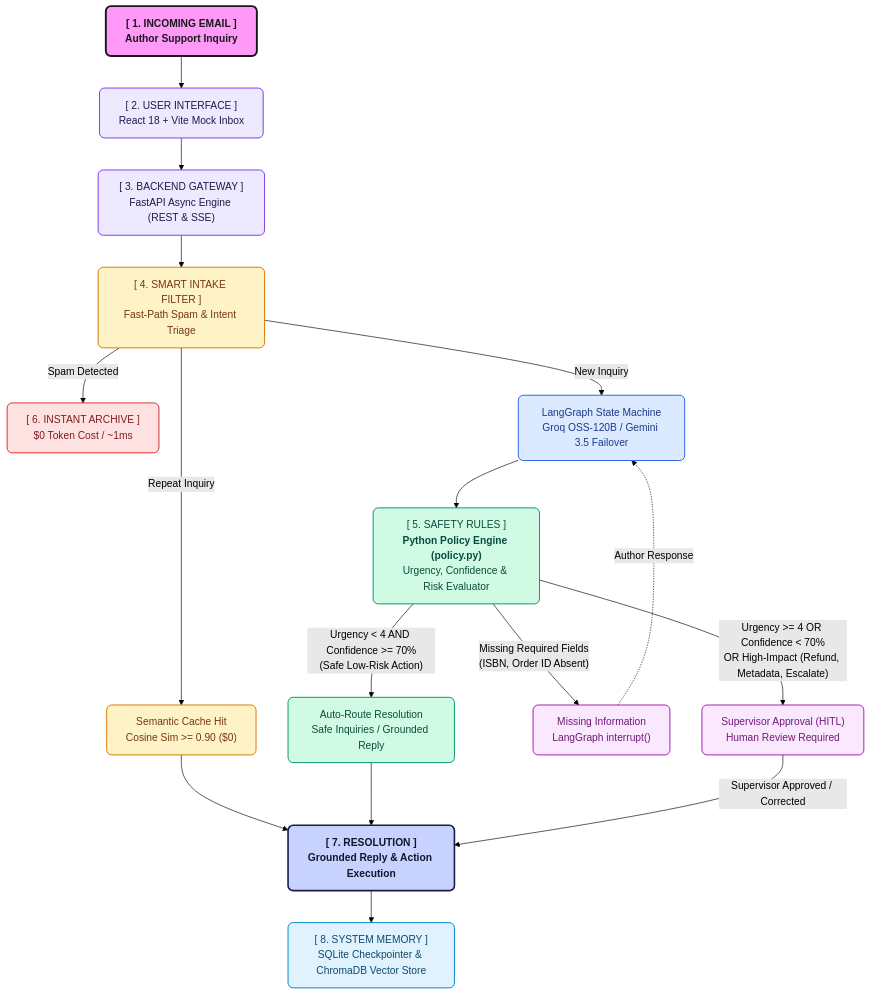
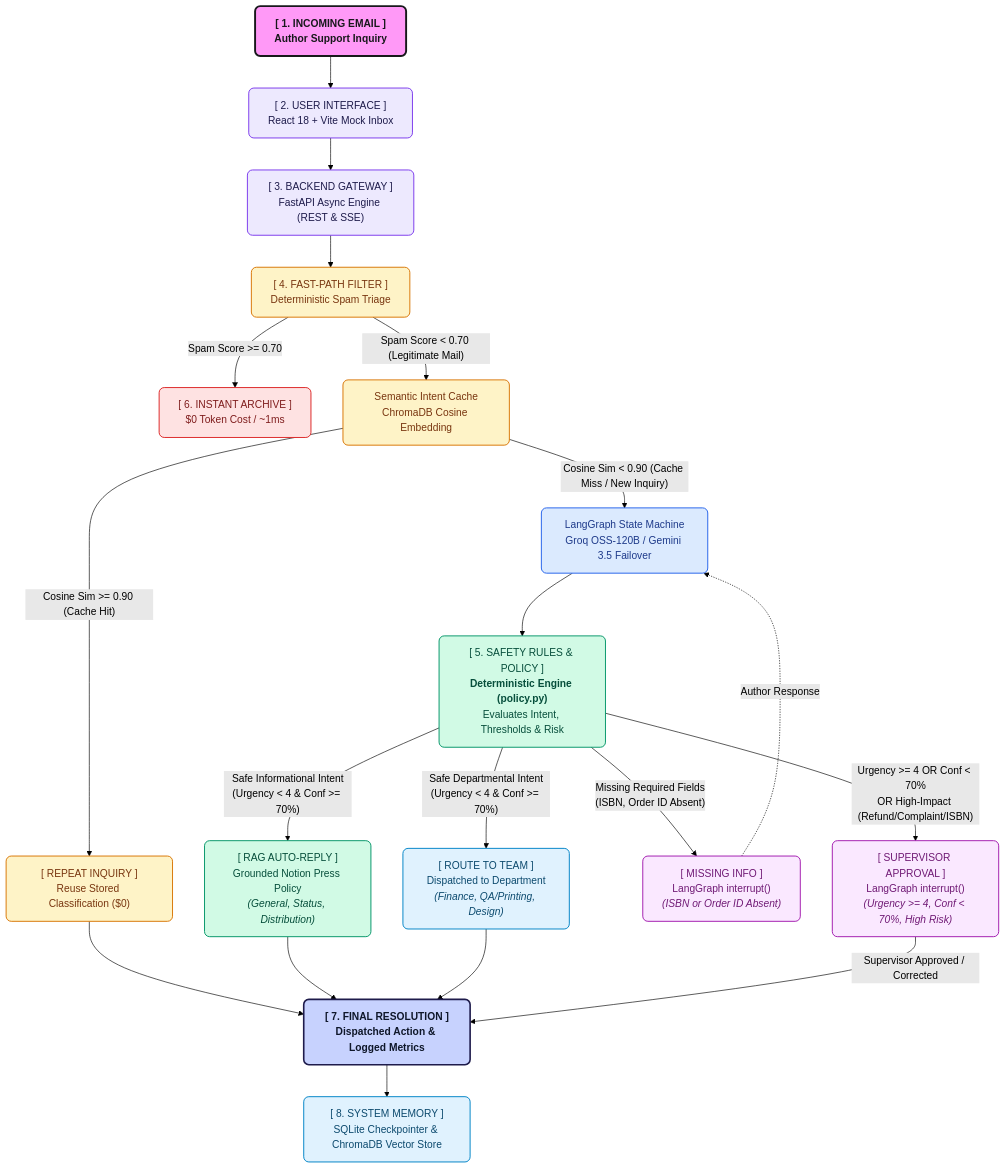
One commit to sharan1918/Notion-Press-POC changed the diagram in README.md. Above: the diagram before and after it, drawn with Mermaid (forest theme). The commit also changed other lines of this file and 1 other file, not shown here.

Commit message:
docs(arch): add explicit routing criteria for RAG auto-reply and departmental dispatch

````diff
--- a/README.md
+++ b/README.md
@@ -11,52 +11,60 @@
 ```mermaid
 flowchart TD
     %% Styling Classes matching pastel boxed reference
     classDef rootBox fill:#ff99f7,stroke:#18181b,stroke-width:3px,color:#18181b,font-weight:bold,rx:8px,ry:8px;
     classDef lavenderBox fill:#ede9fe,stroke:#7c3aed,stroke-width:1.5px,color:#1e1b4b,font-weight:500,rx:8px,ry:8px;
     classDef blueBox fill:#dbeafe,stroke:#2563eb,stroke-width:1.5px,color:#1e3a8a,font-weight:500,rx:8px,ry:8px;
     classDef amberBox fill:#fef3c7,stroke:#d97706,stroke-width:1.5px,color:#78350f,font-weight:500,rx:8px,ry:8px;
     classDef greenBox fill:#d1fae5,stroke:#059669,stroke-width:1.5px,color:#064e3b,font-weight:500,rx:8px,ry:8px;
     classDef redBox fill:#fee2e2,stroke:#dc2626,stroke-width:1.5px,color:#7f1d1d,font-weight:500,rx:8px,ry:8px;
     classDef purpleBox fill:#fae8ff,stroke:#a21caf,stroke-width:1.5px,color:#701a75,font-weight:500,rx:8px,ry:8px;
     classDef cyanBox fill:#e0f2fe,stroke:#0284c7,stroke-width:1.5px,color:#0c4a6e,font-weight:500,rx:8px,ry:8px;
     classDef highlightBox fill:#c7d2fe,stroke:#1e1b4b,stroke-width:2.5px,color:#0f172a,font-weight:bold,rx:8px,ry:8px;
 
     ROOT["[ 1. INCOMING EMAIL ]<br/><b>Author Support Inquiry</b>"]:::rootBox
     UI["[ 2. USER INTERFACE ]<br/>React 18 + Vite Mock Inbox"]:::lavenderBox
     GATEWAY["[ 3. BACKEND GATEWAY ]<br/>FastAPI Async Engine (REST & SSE)"]:::lavenderBox
-    FILTER["[ 4. SMART INTAKE FILTER ]<br/>Fast-Path Spam & Intent Triage"]:::amberBox
+    SPAM_CHECK["[ 4. FAST-PATH FILTER ]<br/>Deterministic Spam Triage"]:::amberBox
+    SPAM["[ 6. INSTANT ARCHIVE ]<br/>$0 Token Cost / ~1ms"]:::redBox
 
-    SPAM["[ 6. INSTANT ARCHIVE ]<br/>$0 Token Cost / ~1ms"]:::redBox
-    CACHE["Semantic Cache Hit<br/>Cosine Sim >= 0.90 ($0)"]:::amberBox
+    CACHE_CHECK["Semantic Intent Cache<br/>ChromaDB Cosine Embedding"]:::amberBox
+    CACHE_HIT["[ REPEAT INQUIRY ]<br/>Reuse Stored Classification ($0)"]:::amberBox
+
     AI["LangGraph State Machine<br/>Groq OSS-120B / Gemini 3.5 Failover"]:::blueBox
 
-    GUARD["[ 5. SAFETY RULES ]<br/><b>Python Policy Engine (policy.py)</b><br/>Urgency, Confidence & Risk Evaluator"]:::greenBox
+    GUARD["[ 5. SAFETY RULES & POLICY ]<br/><b>Deterministic Engine (policy.py)</b><br/>Evaluates Intent, Thresholds & Risk"]:::greenBox
 
-    AUTO["Auto-Route Resolution<br/>Safe Inquiries / Grounded Reply"]:::greenBox
-    NEED_INFO["Missing Information<br/>LangGraph interrupt()"]:::purpleBox
-    HITL["Supervisor Approval (HITL)<br/>Human Review Required"]:::purpleBox
+    RAG_REPLY["[ RAG AUTO-REPLY ]<br/>Grounded Notion Press Policy<br/><i>(General, Status, Distribution)</i>"]:::greenBox
+    TEAM_ROUTE["[ ROUTE TO TEAM ]<br/>Dispatched to Department<br/><i>(Finance, QA/Printing, Design)</i>"]:::cyanBox
+    NEED_INFO["[ MISSING INFO ]<br/>LangGraph interrupt()<br/><i>(ISBN or Order ID Absent)</i>"]:::purpleBox
+    HITL["[ SUPERVISOR APPROVAL ]<br/>LangGraph interrupt()<br/><i>(Urgency &gt;= 4, Conf &lt; 70%, High Risk)</i>"]:::purpleBox
 
-    RESOLUTION["[ 7. RESOLUTION ]<br/>Grounded Reply & Action Execution"]:::highlightBox
+    RESOLUTION["[ 7. FINAL RESOLUTION ]<br/>Dispatched Action & Logged Metrics"]:::highlightBox
     MEMORY["[ 8. SYSTEM MEMORY ]<br/>SQLite Checkpointer & ChromaDB Vector Store"]:::cyanBox
 
     ROOT --> UI
     UI --> GATEWAY
-    GATEWAY --> FILTER
+    GATEWAY --> SPAM_CHECK
 
-    FILTER -->|Spam Detected| SPAM
-    FILTER -->|Repeat Inquiry| CACHE
-    FILTER -->|New Inquiry| AI
+    SPAM_CHECK -->|"Spam Score &gt;= 0.70"| SPAM
+    SPAM_CHECK -->|"Spam Score &lt; 0.70 (Legitimate Mail)"| CACHE_CHECK
 
-    CACHE --> RESOLUTION
+    CACHE_CHECK -->|"Cosine Sim &gt;= 0.90 (Cache Hit)"| CACHE_HIT
+    CACHE_HIT --> RESOLUTION
+
+    CACHE_CHECK -->|"Cosine Sim &lt; 0.90 (Cache Miss / New Inquiry)"| AI
+
     AI --> GUARD
 
-    GUARD -->|"Urgency &lt; 4 AND Confidence &gt;= 70%<br/>(Safe Low-Risk Action)"| AUTO
     GUARD -->|"Missing Required Fields<br/>(ISBN, Order ID Absent)"| NEED_INFO
-    GUARD -->|"Urgency &gt;= 4 OR Confidence &lt; 70%<br/>OR High-Impact (Refund, Metadata, Escalate)"| HITL
+    GUARD -->|"Urgency &gt;= 4 OR Conf &lt; 70%<br/>OR High-Impact (Refund/Complaint/ISBN)"| HITL
+    GUARD -->|"Safe Informational Intent<br/>(Urgency &lt; 4 &amp; Conf &gt;= 70%)"| RAG_REPLY
+    GUARD -->|"Safe Departmental Intent<br/>(Urgency &lt; 4 &amp; Conf &gt;= 70%)"| TEAM_ROUTE
 
-    AUTO --> RESOLUTION
+    RAG_REPLY --> RESOLUTION
+    TEAM_ROUTE --> RESOLUTION
     NEED_INFO -.->|Author Response| AI
     HITL -->|Supervisor Approved / Corrected| RESOLUTION
 
     RESOLUTION --> MEMORY
 ```
````
